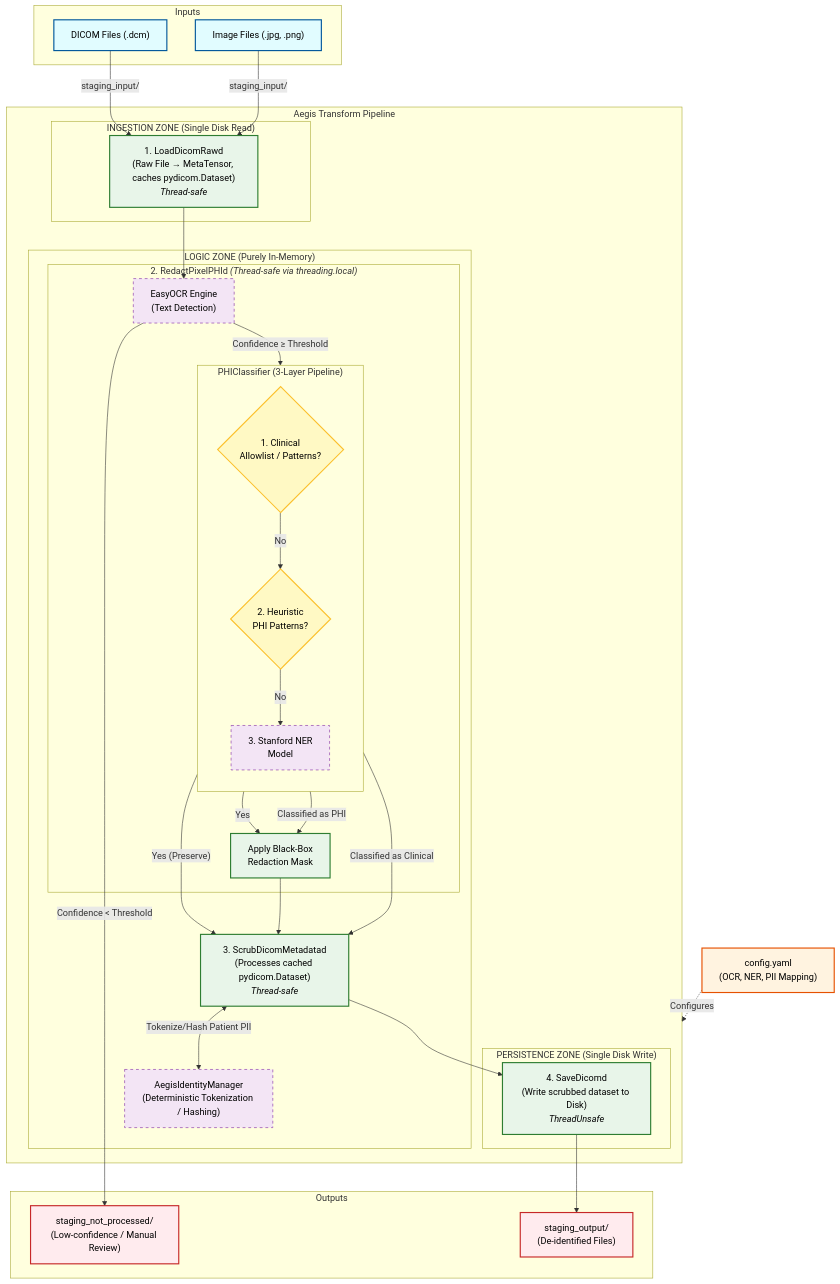
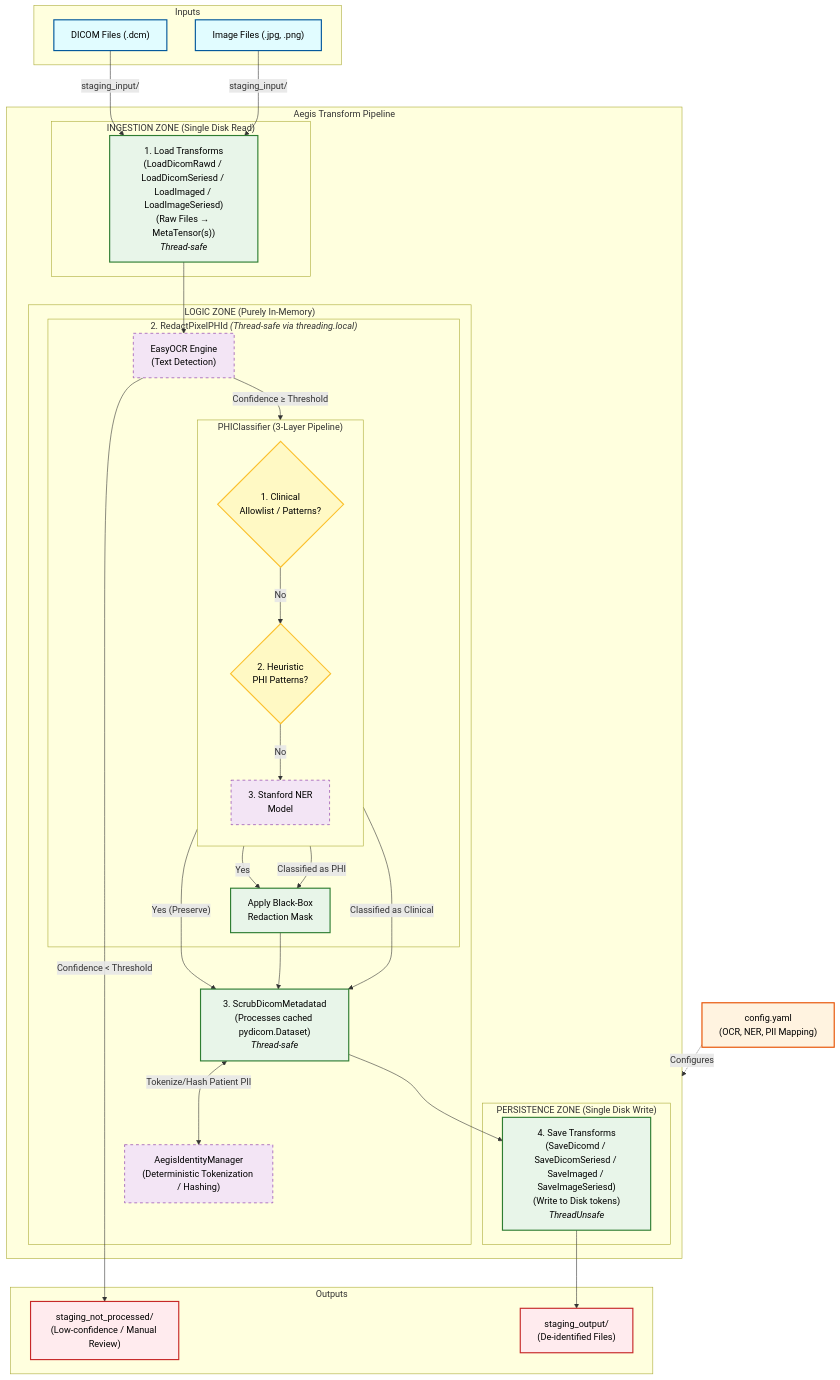
The first of 2 diagrams in README.md (lakshmi-mahabaleshwara/aegis), drawn with Mermaid before and after one commit. The commit also changed other lines of this file and 1 other file, not shown here.

````diff
--- a/README.md
+++ b/README.md
@@ -319,77 +330,77 @@
 ```mermaid
 flowchart TD
     classDef input fill:#e1fcff,stroke:#01579b,stroke-width:2px,color:#000;
     classDef process fill:#e8f5e9,stroke:#2e7d32,stroke-width:2px,color:#000;
     classDef subProcess fill:#f3e5f5,stroke:#7b1fa2,stroke-width:1px,stroke-dasharray: 5 5,color:#000;
     classDef output fill:#ffebee,stroke:#c62828,stroke-width:2px,color:#000;
     classDef config fill:#fff3e0,stroke:#e65100,stroke-width:2px,color:#000;
     classDef decision fill:#fff9c4,stroke:#fbc02d,stroke-width:2px,color:#000;
     classDef ioZone fill:#eceff1,stroke:#607d8b,stroke-width:2px,stroke-dasharray: 5 5,color:#000;
 
     subgraph Inputs ["Inputs"]
         dicom["DICOM Files (.dcm)"]:::input
         img["Image Files (.jpg, .png)"]:::input
     end
 
     config["config.yaml\n(OCR, NER, PII Mapping)"]:::config
 
     subgraph Pipeline ["Aegis Transform Pipeline"]
         
         subgraph Ingestion ["INGESTION ZONE (Single Disk Read)"]
-            load["1. LoadDicomRawd\n(Raw File → MetaTensor, caches pydicom.Dataset)\n<i>Thread-safe</i>"]:::process
+            load["1. Load Transforms\n(LoadDicomRawd / LoadDicomSeriesd / LoadImaged / LoadImageSeriesd)\n(Raw Files → MetaTensor(s))\n<i>Thread-safe</i>"]:::process
         end
 
         subgraph Logic ["LOGIC ZONE (Purely In-Memory)"]
             subgraph step2 ["2. RedactPixelPHId <i>(Thread-safe via threading.local)</i>"]
                 ocr["EasyOCR Engine\n(Text Detection)"]:::subProcess
                 
                 subgraph NER ["PHIClassifier (3-Layer Pipeline)"]
                     direction TB
                     L1{"1. Clinical\nAllowlist / Patterns?"}:::decision
                     L2{"2. Heuristic\nPHI Patterns?"}:::decision
                     L3["3. Stanford NER\nModel"]:::subProcess
                 end
                 
                 action_redact["Apply Black-Box\nRedaction Mask"]:::process
             end
 
             scrub["3. ScrubDicomMetadatad\n(Processes cached pydicom.Dataset)\n<i>Thread-safe</i>"]:::process
             id_manager["AegisIdentityManager\n(Deterministic Tokenization / Hashing)"]:::subProcess
         end
         
         subgraph Persistence ["PERSISTENCE ZONE (Single Disk Write)"]
-            save["4. SaveDicomd\n(Write scrubbed dataset to Disk)\n<i>ThreadUnsafe</i>"]:::process
+            save["4. Save Transforms\n(SaveDicomd / SaveDicomSeriesd / SaveImaged / SaveImageSeriesd)\n(Write to Disk tokens)\n<i>ThreadUnsafe</i>"]:::process
         end
     end
 
     subgraph Outputs ["Outputs"]
         out_not_proc["staging_not_processed/\n(Low-confidence / Manual Review)"]:::output
         out_proc["staging_output/\n(De-identified Files)"]:::output
     end
 
     %% Connections
     config -. "Configures" .-> Pipeline
     
     dicom -- "staging_input/" --> load
     img -- "staging_input/" --> load
     
     load --> ocr
     
     ocr -- "Confidence < Threshold" --> out_not_proc
     ocr -- "Confidence ≥ Threshold" --> L1
     
     L1 -- "Yes (Preserve)" --> scrub
     L1 -- "No" --> L2
     
     L2 -- "Yes" --> action_redact
     L2 -- "No" --> L3
     
     L3 -- "Classified as PHI" --> action_redact
     L3 -- "Classified as Clinical" --> scrub
     
     action_redact --> scrub
     
     scrub <--> |"Tokenize/Hash Patient PII"| id_manager
     scrub --> save
     save --> out_proc
 ```
````
